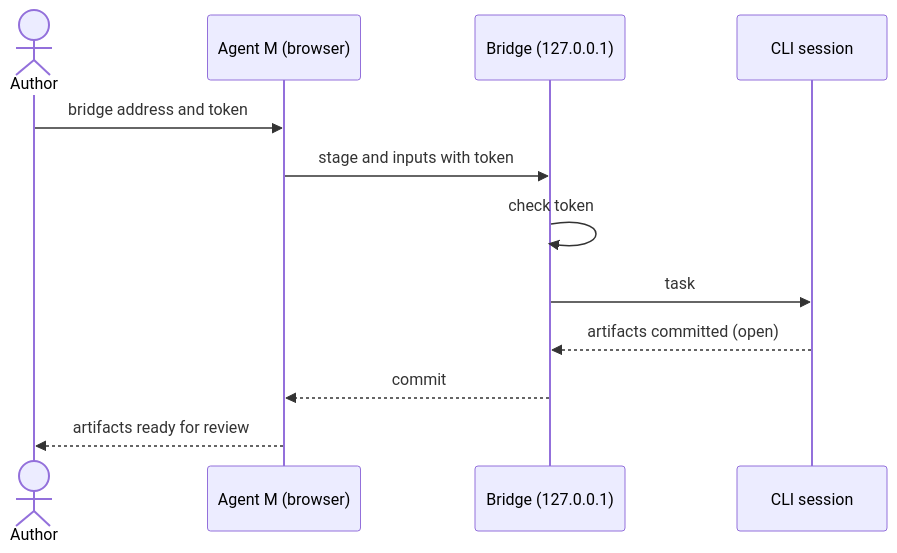
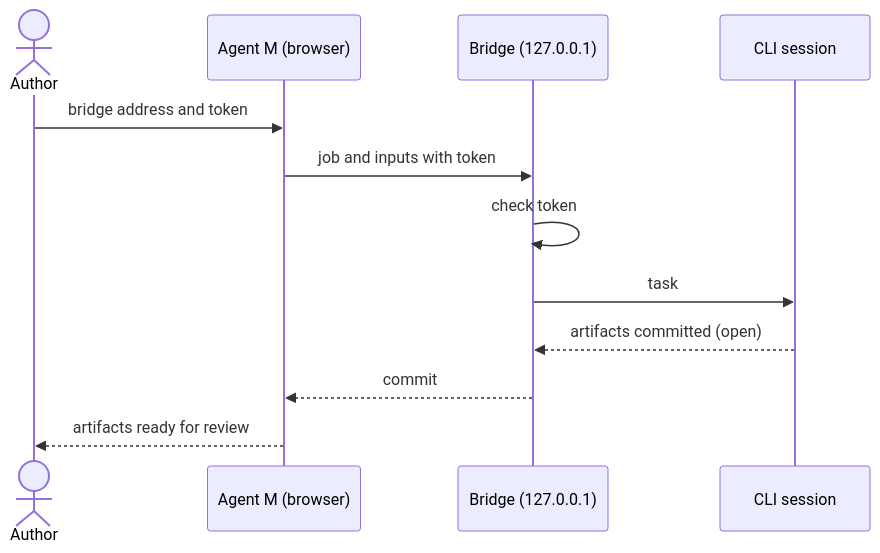
Before and after one commit to akmaier/agent-m: the diagram in docs/use-cases/UC-011-hand-a-stage-to-a-local-cli-session.md, drawn with Mermaid. The commit also changed other lines of this file and 57 other files, not shown here.

````diff
--- a/docs/use-cases/UC-011-hand-a-stage-to-a-local-cli-session.md
+++ b/docs/use-cases/UC-011-hand-a-stage-to-a-local-cli-session.md
@@ -41,14 +41,14 @@
 ```mermaid
 sequenceDiagram
     actor A as Author
     participant M as Agent M (browser)
     participant B as Bridge (127.0.0.1)
     participant C as CLI session
     A->>M: bridge address and token
-    M->>B: stage and inputs with token
+    M->>B: job and inputs with token
     B->>B: check token
     B->>C: task
     C-->>B: artifacts committed (open)
     B-->>M: commit
     M-->>A: artifacts ready for review
 ```
````
